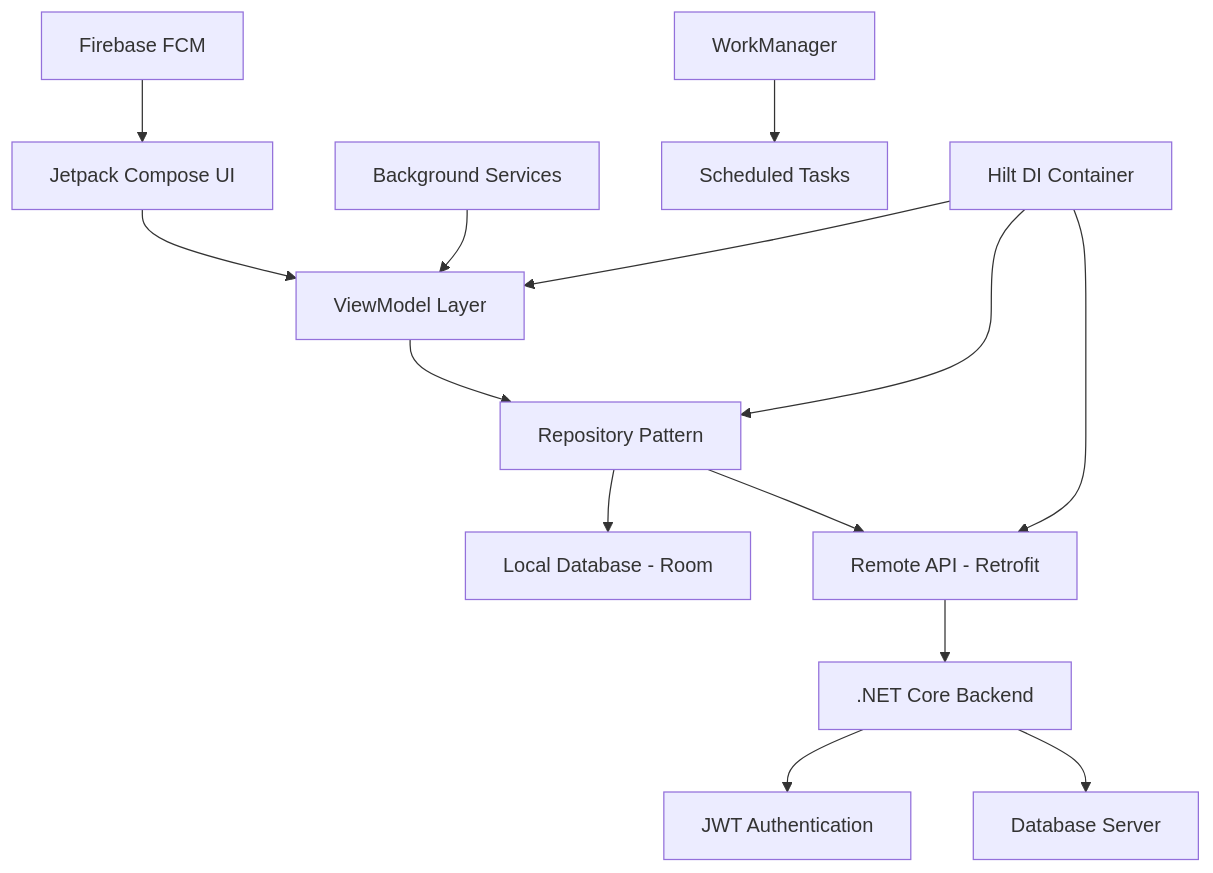
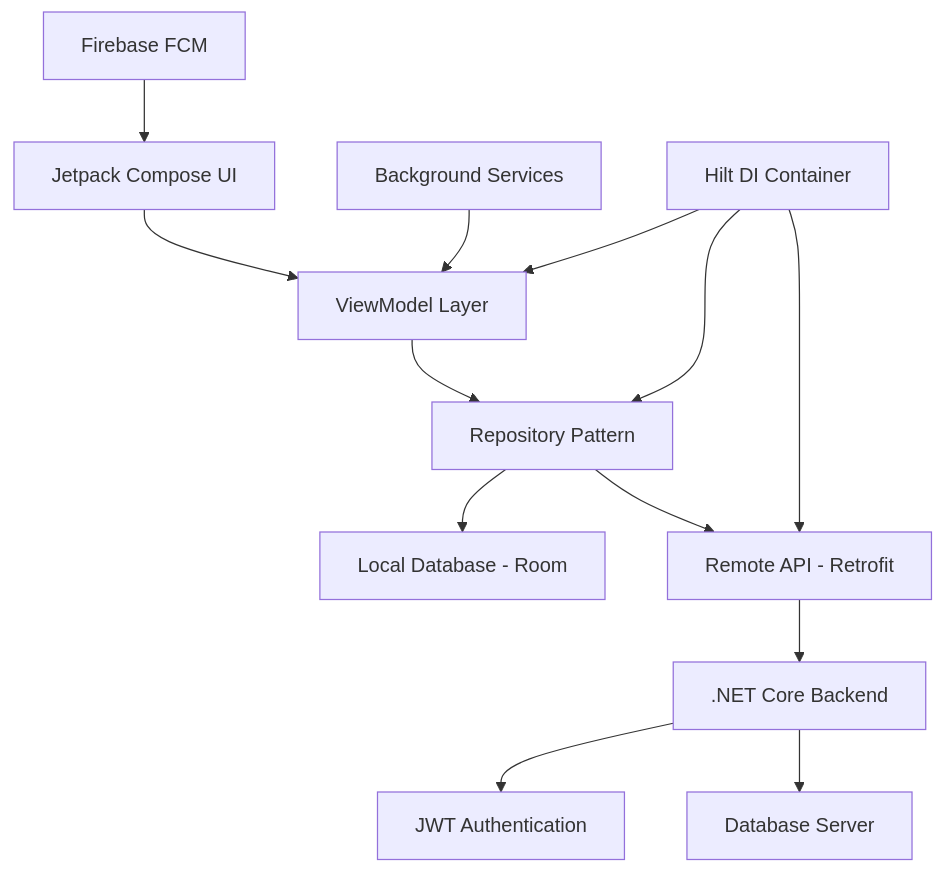
The diagram in README.md (nmheeir/WorkTimeManager), drawn with Mermaid before and after one commit. The commit also changed other lines of this file, not shown here.

````diff
--- a/README.md
+++ b/README.md
@@ -81,19 +72,18 @@
 ```mermaid
 graph TB
     A[Jetpack Compose UI] --> B[ViewModel Layer]
     B --> C[Repository Pattern]
     C --> D[Local Database - Room]
     C --> E[Remote API - Retrofit]
     
     E --> F[.NET Core Backend]
     F --> G[JWT Authentication]
     F --> H[Database Server]
     
     I[Firebase FCM] --> A
     J[Background Services] --> B
-    K[WorkManager] --> L[Scheduled Tasks]
     
     M[Hilt DI Container] --> B
     M --> C
     M --> E
 ```
````
